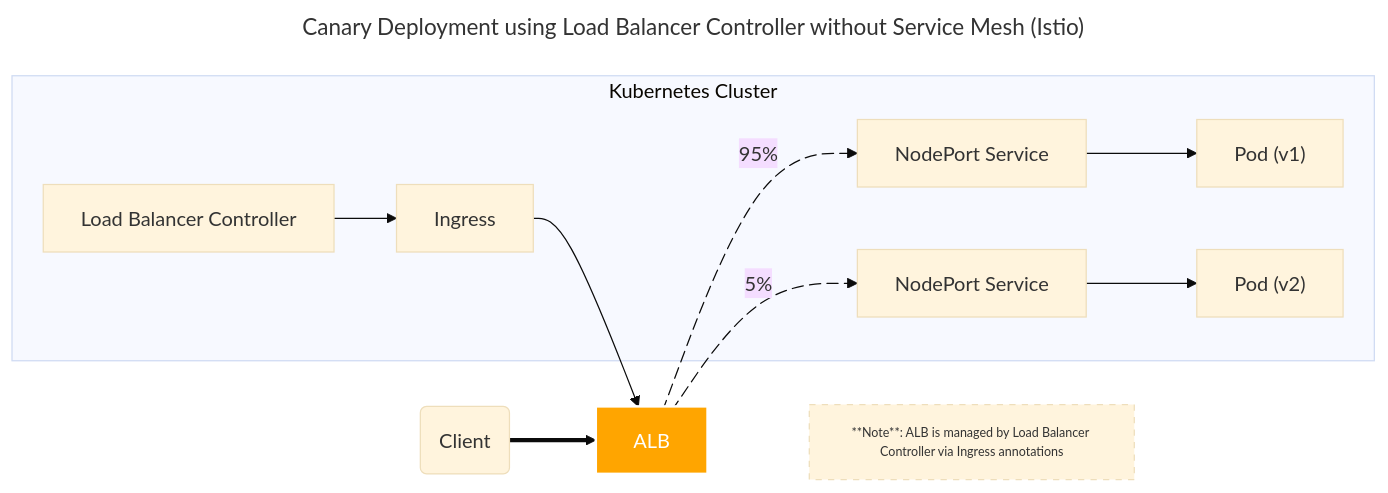
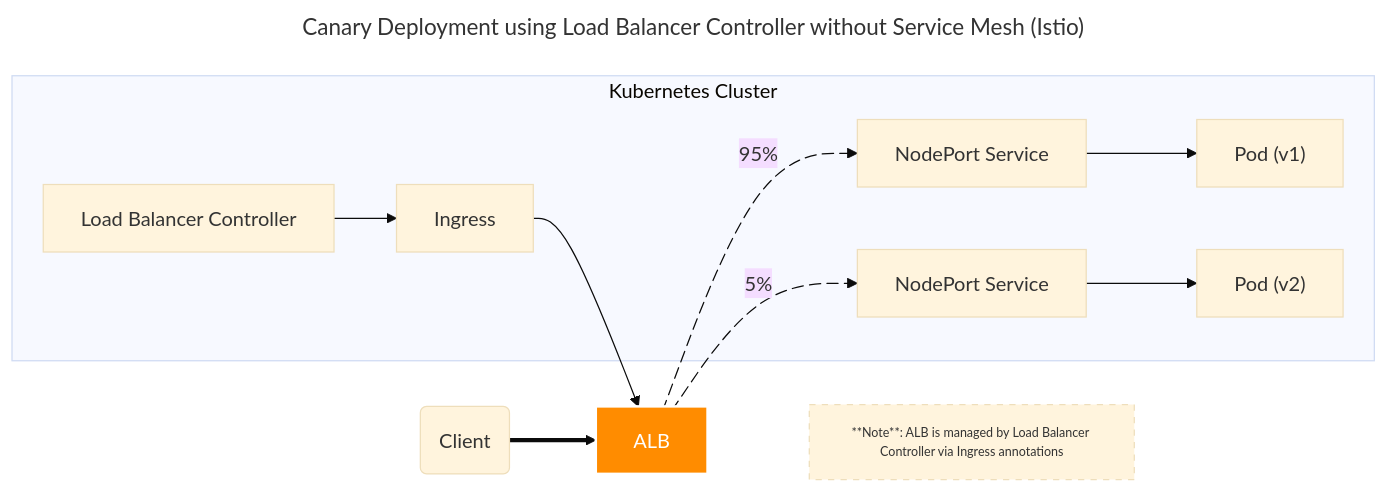
Before and after one commit to younsl/blog: the first of 2 diagrams in content/blog/alb-canary/index.md, drawn with Mermaid (base theme). The commit also changed other lines of this file and 1 other file, not shown here.

Commit message:
chore: Update diagram

````diff
--- a/content/blog/alb-canary/index.md
+++ b/content/blog/alb-canary/index.md
@@ -22,33 +22,33 @@
 ```mermaid
 ---
 title: Canary Deployment using Load Balancer Controller without Service Mesh (Istio)
 ---
 flowchart LR
   U("Client")
   A["ALB"]
 
   subgraph "Kubernetes Cluster"
     N1["NodePort Service"]
     N2["NodePort Service"]
     P1["Pod (v1)"]
     P2["Pod (v2)"]
     I["Ingress"]
     L["Load Balancer Controller"]
   end
   U ==> A
   L --> I --> A
   A e1@--95%--> N1
   A e2@--5%--> N2
   N1 --> P1
   N2 --> P2
 
   e1@{ animate: true, animation: fast }
   e2@{ animate: true, animation: slow }
 
-  style A fill:orange,color:white,stroke:white,stroke-width:2px
+  style A fill:darkorange,color:white,stroke:white,stroke-width:2px
 
   %% This is a note
   noteA["**Note**: ALB is managed by Load Balancer Controller via Ingress annotations"]
   A ~~~ noteA
   style noteA fill:#black,color:#white,font-size:10px,stroke-dasharray: 5 5
 ```
````
